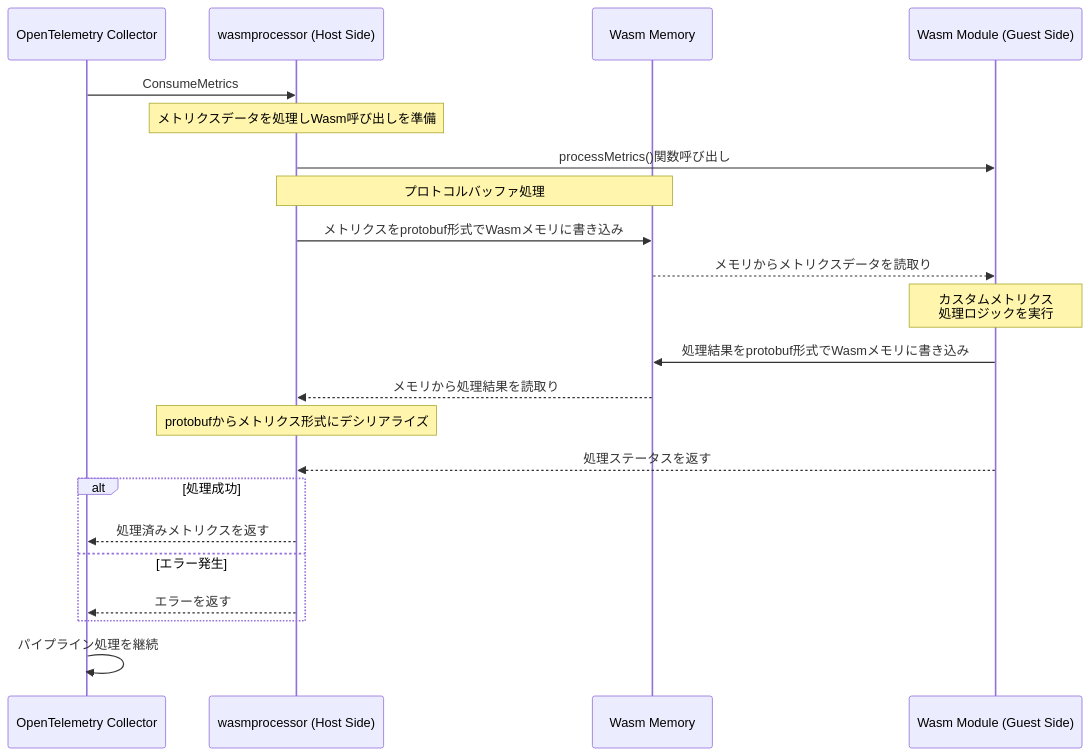
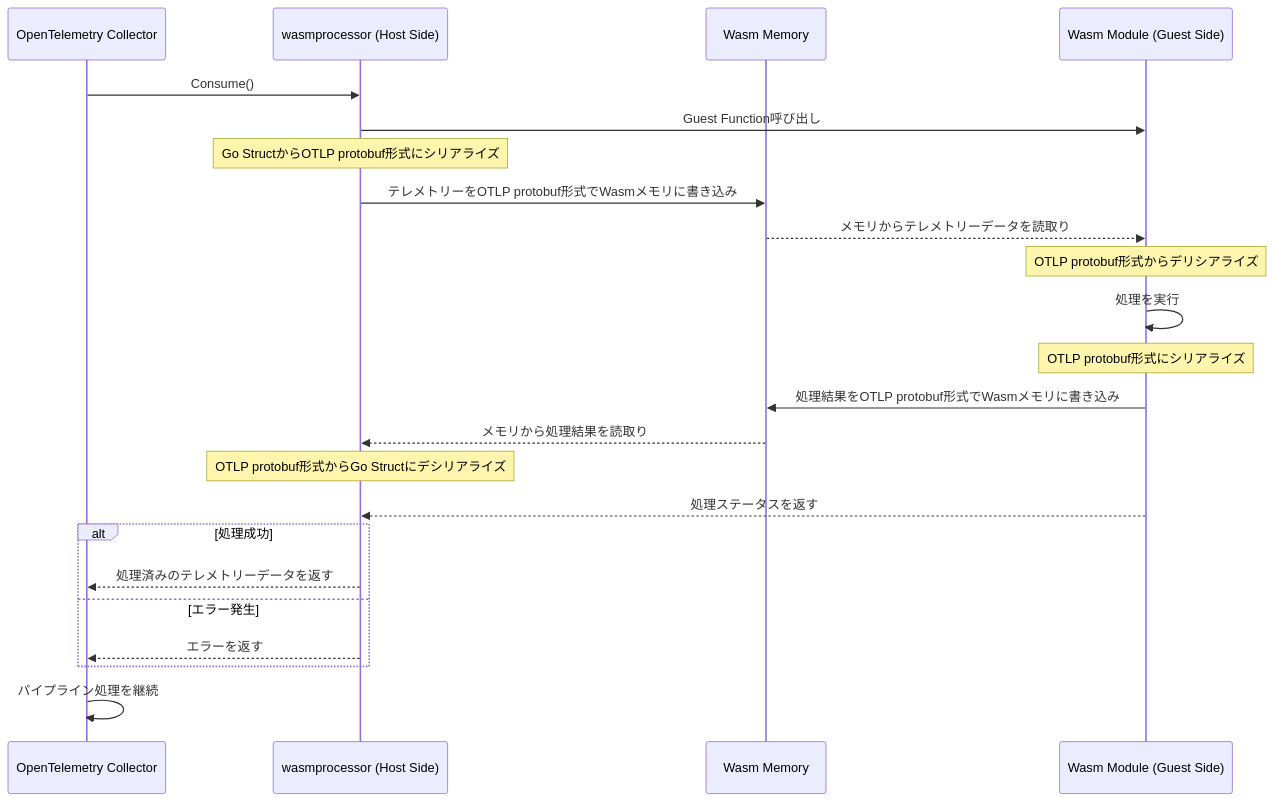
The second of 2 diagrams in README.md (otelwasm/otelwasm), drawn with Mermaid before and after one commit. The commit also changed other lines of this file, not shown here.

````diff
--- a/README.md
+++ b/README.md
@@ -31,36 +33,38 @@
 ```mermaid
 sequenceDiagram
     participant Collector as OpenTelemetry Collector
     participant Processor as wasmprocessor (Host Side)
     participant Memory as Wasm Memory
     participant GuestModule as Wasm Module (Guest Side)
-    
-    Collector->>Processor: ConsumeMetrics
-    
-    Note over Processor: メトリクスデータを処理しWasm呼び出しを準備
-    
-    Processor->>GuestModule: processMetrics()関数呼び出し
-    
-    Note over Processor,Memory: プロトコルバッファ処理
-    Processor->>Memory: メトリクスをprotobuf形式でWasmメモリに書き込み
-    
-    Memory-->>GuestModule: メモリからメトリクスデータを読取り
-    
-    Note over GuestModule: カスタムメトリクス<br>処理ロジックを実行
-    
-    GuestModule->>Memory: 処理結果をprotobuf形式でWasmメモリに書き込み
-    
+
+    Collector->>Processor: Consume()
+
+    Processor->>GuestModule: Guest Function呼び出し
+
+    Note over Processor: Go StructからOTLP protobuf形式にシリアライズ
+    Processor->>Memory: テレメトリーをOTLP protobuf形式でWasmメモリに書き込み
+
+    Memory-->>GuestModule: メモリからテレメトリーデータを読取り
+
+    Note over GuestModule: OTLP protobuf形式からデリシアライズ
+
+    GuestModule->>GuestModule: 処理を実行
+
+    Note over GuestModule: OTLP protobuf形式にシリアライズ
+
+    GuestModule->>Memory: 処理結果をOTLP protobuf形式でWasmメモリに書き込み
+
     Memory-->>Processor: メモリから処理結果を読取り
-    
-    Note over Processor: protobufからメトリクス形式にデシリアライズ
-    
+
+    Note over Processor: OTLP protobuf形式からGo Structにデシリアライズ
+
     GuestModule-->>Processor: 処理ステータスを返す
-    
+
     alt 処理成功
-        Processor-->>Collector: 処理済みメトリクスを返す
+        Processor-->>Collector: 処理済みのテレメトリーデータを返す
     else エラー発生
         Processor-->>Collector: エラーを返す
     end
-    
+
     Collector->>Collector: パイプライン処理を継続
 ```
````
